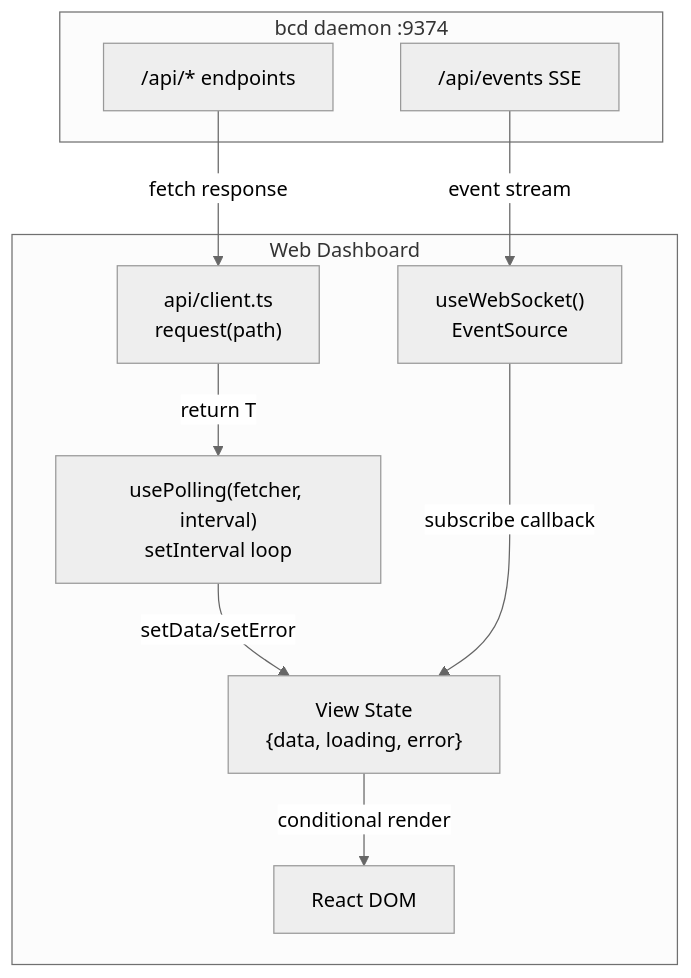
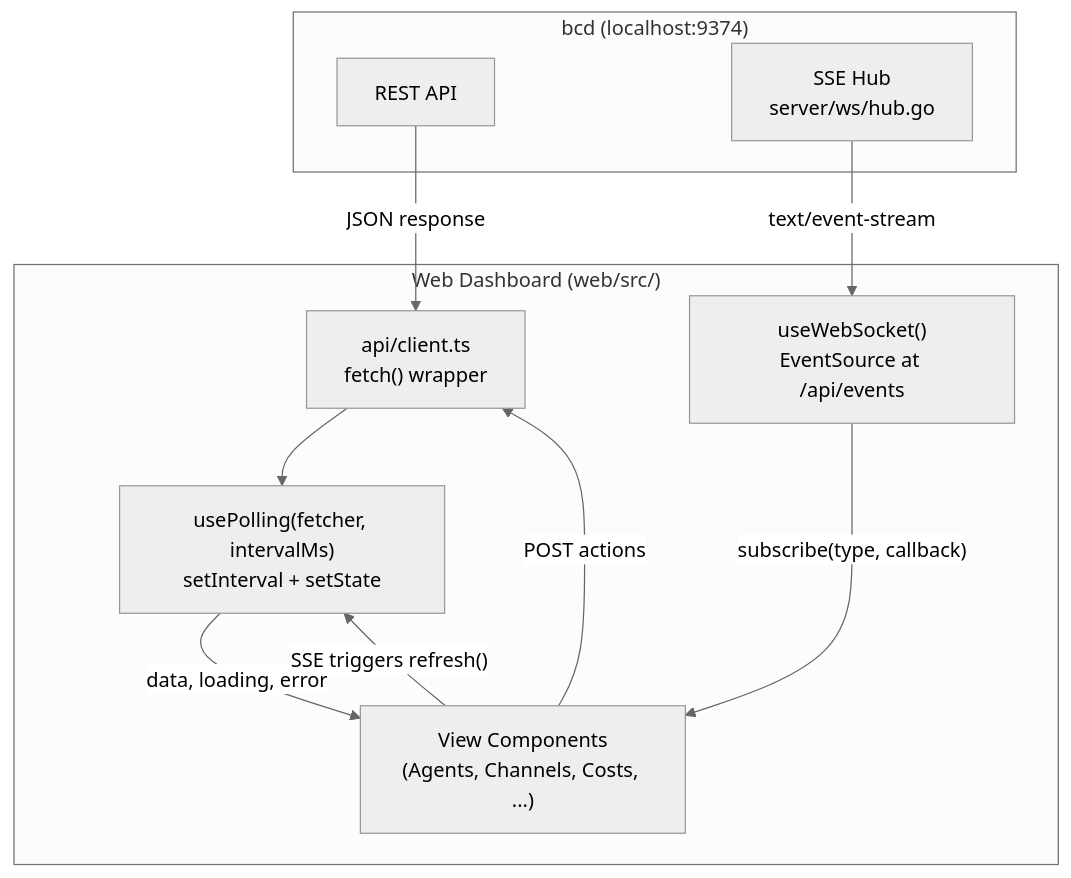
One commit to gh-curious-otter/bc changed the second of 6 diagrams in docs/architecture/frontend-data-flow.md. Above: the diagram before and after it, drawn with Mermaid (neutral theme). The commit also changed other lines of this file, not shown here.

Commit message:
docs: rewrite frontend-data-flow.md — TUI is API client, remove legacy framing

````diff
--- a/docs/architecture/frontend-data-flow.md
+++ b/docs/architecture/frontend-data-flow.md
@@ -42,23 +223,22 @@
 ```mermaid
 flowchart TD
-    subgraph bcd["bcd daemon :9374"]
-        REST["/api/* endpoints"]
-        SSE["/api/events SSE"]
+    subgraph bcd["bcd (localhost:9374)"]
+        API[REST API]
+        SSE_Hub[SSE Hub<br/>server/ws/hub.go]
     end
 
-    subgraph Web["Web Dashboard"]
-        API["api/client.ts\nrequest(path)"]
-        UP["usePolling(fetcher, interval)\nsetInterval loop"]
-        WS["useWebSocket()\nEventSource"]
-        VS["View State\n{data, loading, error}"]
-        R["React DOM"]
+    subgraph Web["Web Dashboard (web/src/)"]
+        ApiClient["api/client.ts<br/>fetch() wrapper"]
+        WS["useWebSocket()<br/>EventSource at /api/events"]
+        Polling["usePolling(fetcher, intervalMs)<br/>setInterval + setState"]
+        View["View Components<br/>(Agents, Channels, Costs, ...)"]
     end
 
-    REST -->|fetch response| API
-    API -->|return T| UP
-    UP -->|setData/setError| VS
-    VS -->|conditional render| R
-
-    SSE -->|event stream| WS
-    WS -->|subscribe callback| VS
+    API -->|"JSON response"| ApiClient
+    SSE_Hub -->|"text/event-stream"| WS
+    ApiClient --> Polling
+    Polling -->|"data, loading, error"| View
+    WS -->|"subscribe(type, callback)"| View
+    View -->|"SSE triggers refresh()"| Polling
+    View -->|"POST actions"| ApiClient
 ```
````
